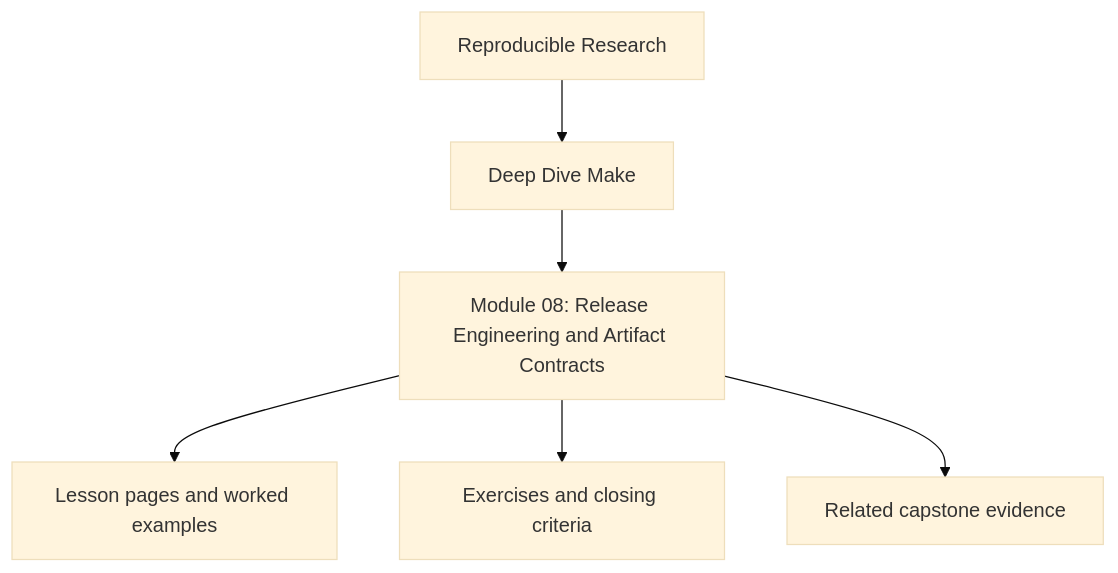
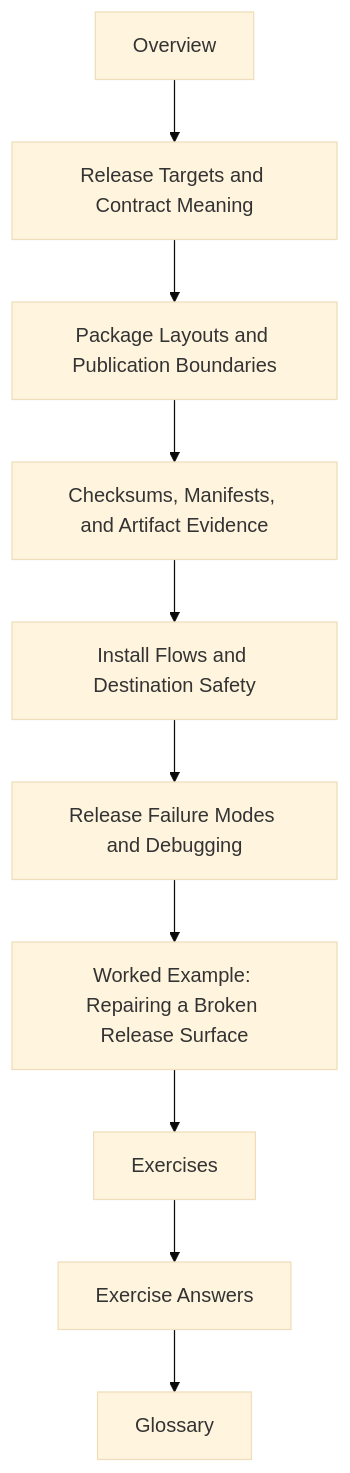
The diagram in programs/reproducible-research/deep-dive-make/course-book/module-08-release-engineering-artifact-contracts/index.md (bijux/bijux-masterclass), drawn with Mermaid (base theme) before and after one commit. The commit also changed other lines of this file and 9 other files, not shown here.

Commit message:
docs(make): establish module 08 course-book structure

````diff
--- a/programs/reproducible-research/deep-dive-make/course-book/module-08-release-engineering-artifact-contracts/index.md
+++ b/programs/reproducible-research/deep-dive-make/course-book/module-08-release-engineering-artifact-contracts/index.md
@@ -9,8 +25,12 @@
 ```mermaid
 flowchart TD
-  family["Reproducible Research"] --> program["Deep Dive Make"]
-  program --> module["Module 08: Release Engineering and Artifact Contracts"]
-  module --> lessons["Lesson pages and worked examples"]
-  module --> checkpoints["Exercises and closing criteria"]
-  module --> capstone["Related capstone evidence"]
+  start["Overview"] --> core1["Release Targets and Contract Meaning"]
+  core1 --> core2["Package Layouts and Publication Boundaries"]
+  core2 --> core3["Checksums, Manifests, and Artifact Evidence"]
+  core3 --> core4["Install Flows and Destination Safety"]
+  core4 --> core5["Release Failure Modes and Debugging"]
+  core5 --> example["Worked Example: Repairing a Broken Release Surface"]
+  example --> practice["Exercises"]
+  practice --> answers["Exercise Answers"]
+  answers --> glossary["Glossary"]
 ```
````
